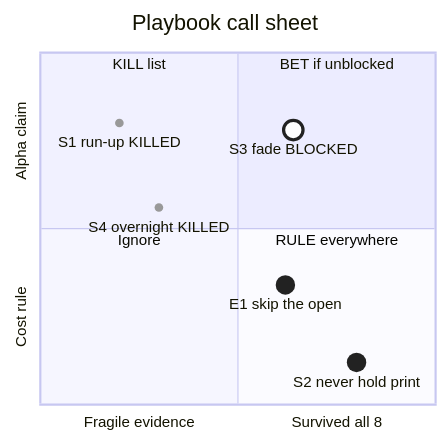
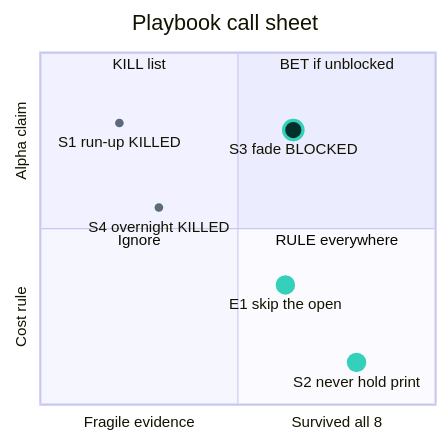
One commit to ejclark/skynet-capital changed the second of 2 diagrams in .claude/skills/mermaid/reference/quadrantchart.md. Above: the diagram before and after it, drawn with Mermaid. The commit also changed other lines of this file and 12 other files, not shown here.

First line of the commit message:
feat(mermaid-lint): the round-3 rules — registry hex gated, handle / fork / house-noun notes

````diff
--- a/.claude/skills/mermaid/reference/quadrantchart.md
+++ b/.claude/skills/mermaid/reference/quadrantchart.md
@@ -146,32 +146,32 @@
 ```mermaid
 ---
 config:
   quadrantChart:
     chartWidth: 400
     chartHeight: 400
     pointTextPadding: 12
     pointLabelFontSize: 14
     quadrantLabelFontSize: 14
     xAxisLabelFontSize: 14
     yAxisLabelFontSize: 14
 ---
 quadrantChart
     %% research call sheet: house playbooks after the multi-symbol sweep
     title Playbook call sheet
     accTitle: Playbook call sheet
     accDescr: Each house playbook placed by how widely its evidence survived and whether it claims alpha or is only a cost rule
     x-axis Fragile evidence --> Survived all 8
     y-axis Cost rule --> Alpha claim
     quadrant-1 BET if unblocked
     quadrant-2 KILL list
     quadrant-3 Ignore
     quadrant-4 RULE everywhere
     S2 never hold print:::adopt: [0.80, 0.12]
     E1 skip the open:::adopt: [0.62, 0.34]
     S3 fade BLOCKED:::blocked: [0.64, 0.78]
     S1 run-up KILLED:::killed: [0.20, 0.80]
     S4 overnight KILLED:::killed: [0.30, 0.56]
-    classDef adopt color: #222222, radius: 9
-    classDef blocked color: #ffffff, radius: 9, stroke-color: #222222, stroke-width: 3px
-    classDef killed color: #999999, radius: 4
+    classDef adopt color: #35D0BA, radius: 9
+    classDef blocked color: #04302B, radius: 9, stroke-color: #35D0BA, stroke-width: 3px
+    classDef killed color: #5A6B7B, radius: 4
 ```
````
